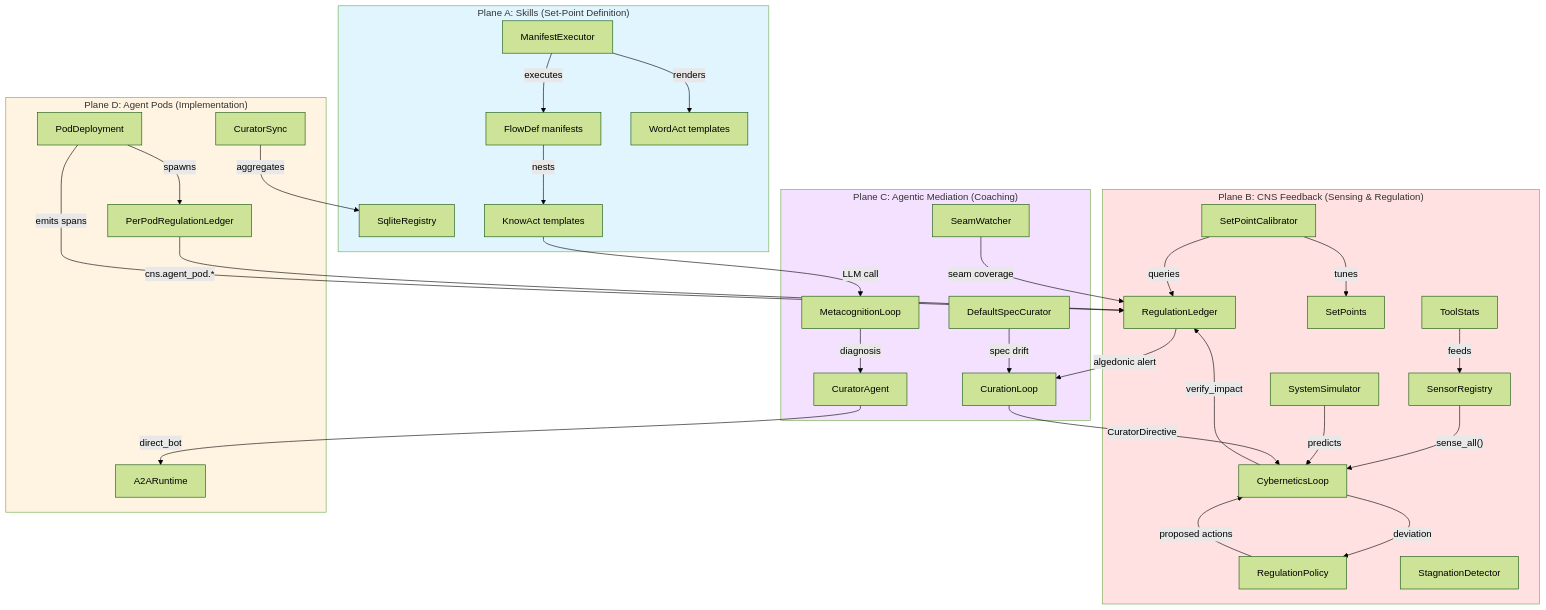
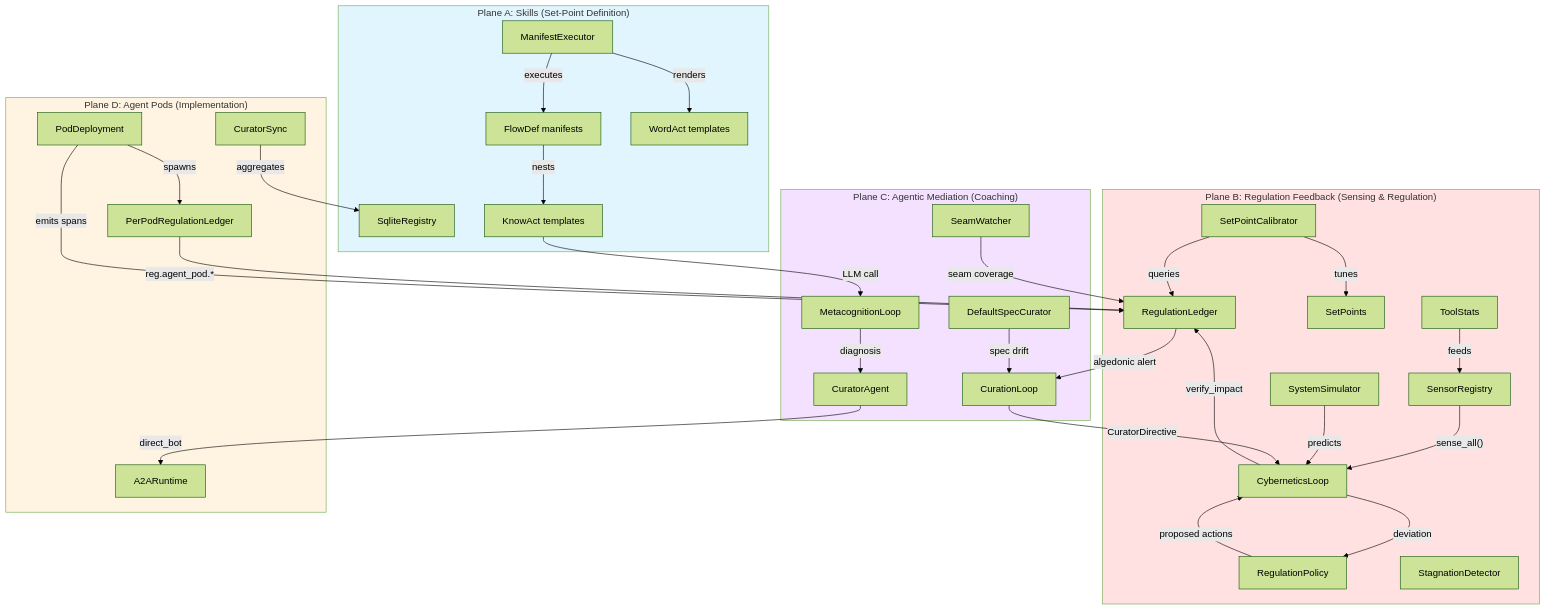
Before and after one commit to mdz-axo/hKask: the first of 6 diagrams in docs/architecture/core/toyota-kata-cybernetic-mapping.md, drawn with Mermaid (forest theme). The commit also changed other lines of this file and 68 other files, not shown here.

First line of the commit message:
Rename CNS to Regulation across docs

````diff
--- a/docs/architecture/core/toyota-kata-cybernetic-mapping.md
+++ b/docs/architecture/core/toyota-kata-cybernetic-mapping.md
@@ -202,68 +202,68 @@
 ```mermaid
 graph TD
     subgraph PlaneA["Plane A: Skills (Set-Point Definition)"]
         ME["ManifestExecutor"]
         SR["SqliteRegistry"]
         FD["FlowDef manifests"]
         KA["KnowAct templates"]
         WA["WordAct templates"]
     end
 
-    subgraph PlaneB["Plane B: CNS Feedback (Sensing & Regulation)"]
+    subgraph PlaneB["Plane B: Regulation Feedback (Sensing & Regulation)"]
         CR["RegulationLedger"]
         CL["CyberneticsLoop"]
         SC["SensorRegistry"]
         RP["RegulationPolicy"]
         SP["SetPoints"]
         SPC["SetPointCalibrator"]
         SD["StagnationDetector"]
         TS["ToolStats"]
         SS["SystemSimulator"]
     end
 
     subgraph PlaneC["Plane C: Agentic Mediation (Coaching)"]
         CA["CuratorAgent"]
         CUL["CurationLoop"]
         ML["MetacognitionLoop"]
         SW["SeamWatcher"]
         DSC["DefaultSpecCurator"]
     end
 
     subgraph PlaneD["Plane D: Agent Pods (Implementation)"]
         PD["PodDeployment"]
         PCNS["PerPodRegulationLedger"]
         A2A["A2ARuntime"]
         CS["CuratorSync"]
     end
 
     ME -->|"renders"| WA
     ME -->|"executes"| FD
     FD -->|"nests"| KA
     KA -->|"LLM call"| ML
 
     SC -->|"sense_all()"| CL
     CL -->|"deviation"| RP
     RP -->|"proposed actions"| CL
     CL -->|"verify_impact"| CR
     SPC -->|"queries"| CR
     SPC -->|"tunes"| SP
     SS -->|"predicts"| CL
     TS -->|"feeds"| SC
 
     CR -->|"algedonic alert"| CUL
     CUL -->|"CuratorDirective"| CL
     ML -->|"diagnosis"| CA
     CA -->|"direct_bot"| A2A
     SW -->|"seam coverage"| CR
     DSC -->|"spec drift"| CUL
 
     PD -->|"spawns"| PCNS
-    PCNS -->|"cns.agent_pod.*"| CR
+    PCNS -->|"reg.agent_pod.*"| CR
     PD -->|"emits spans"| CR
     CS -->|"aggregates"| SR
 
     style PlaneA fill:#e1f5ff
     style PlaneB fill:#ffe1e1
     style PlaneC fill:#f3e1ff
     style PlaneD fill:#fff3e1
 ```
````
